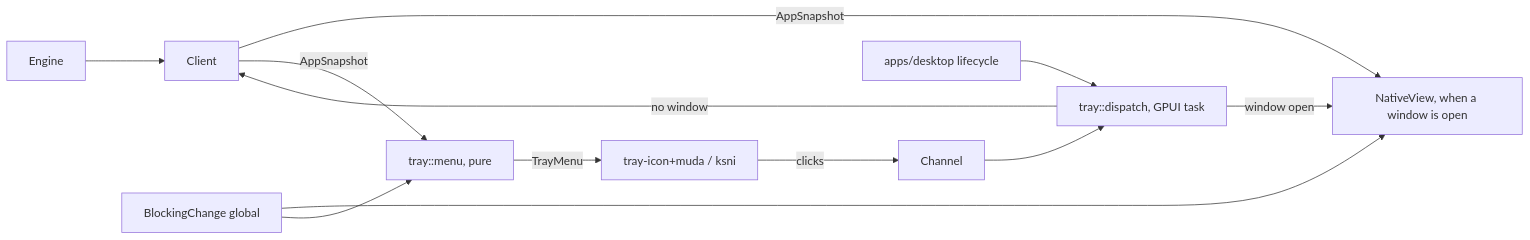
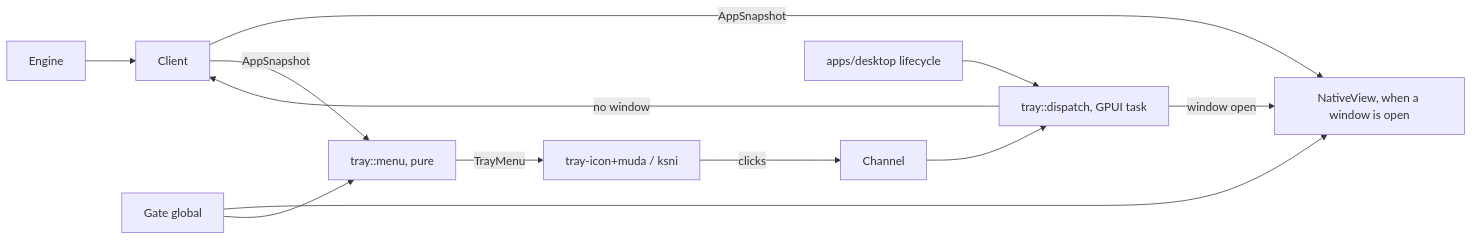
Before and after one commit to mastro993/SkillBinder: the diagram in docs/specs/menu-bar/design.md, drawn with Mermaid. The commit also changed other lines of this file and 4 other files, not shown here.

````diff
--- a/docs/specs/menu-bar/design.md
+++ b/docs/specs/menu-bar/design.md
@@ -7,13 +7,13 @@
 ```mermaid
 flowchart LR
   Engine --> Client
   Client -- AppSnapshot --> View[NativeView, when a window is open]
   Client -- AppSnapshot --> Model[tray::menu, pure]
-  Blocking[BlockingChange global] --> View
+  Blocking[Gate global] --> View
   Blocking --> Model
   Model -- TrayMenu --> Backend[tray-icon+muda / ksni]
   Backend -- clicks --> Channel --> Dispatch[tray::dispatch, GPUI task]
   Dispatch -- window open --> View
   Dispatch -- no window --> Client
   Desktop[apps/desktop lifecycle] --> Dispatch
 ```
````
